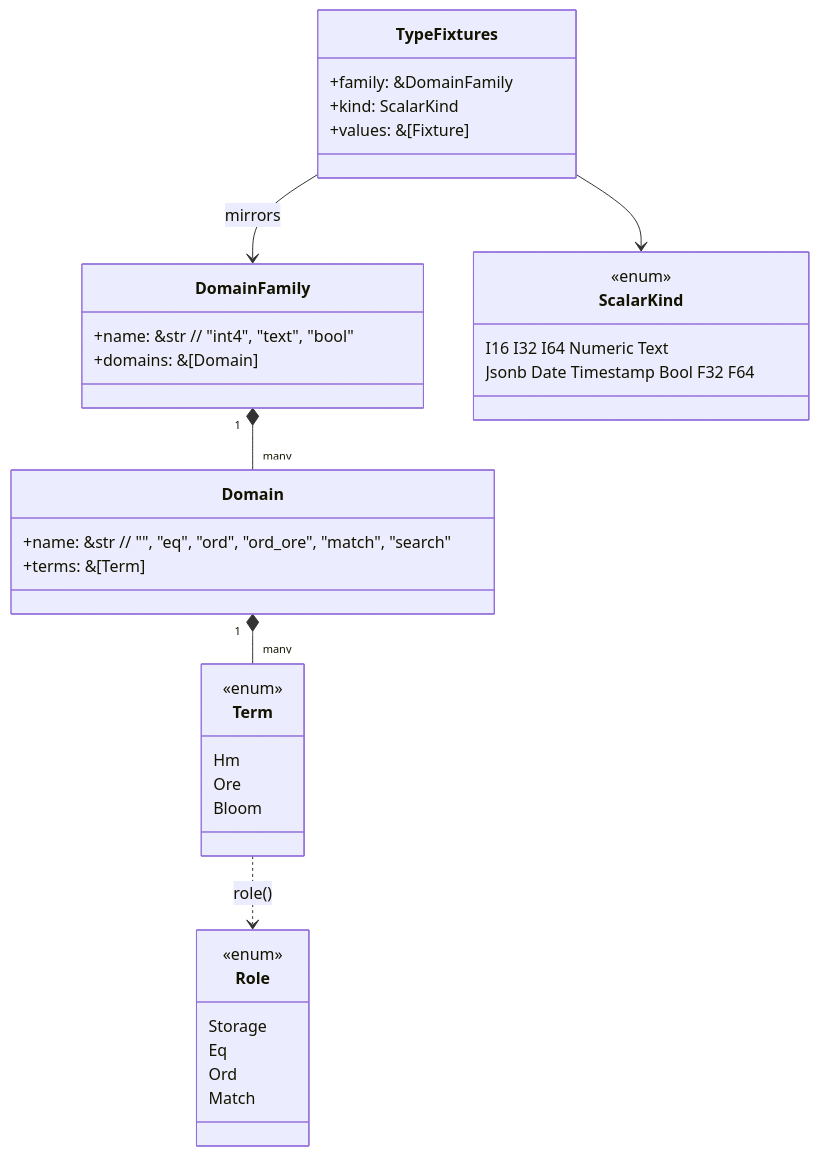
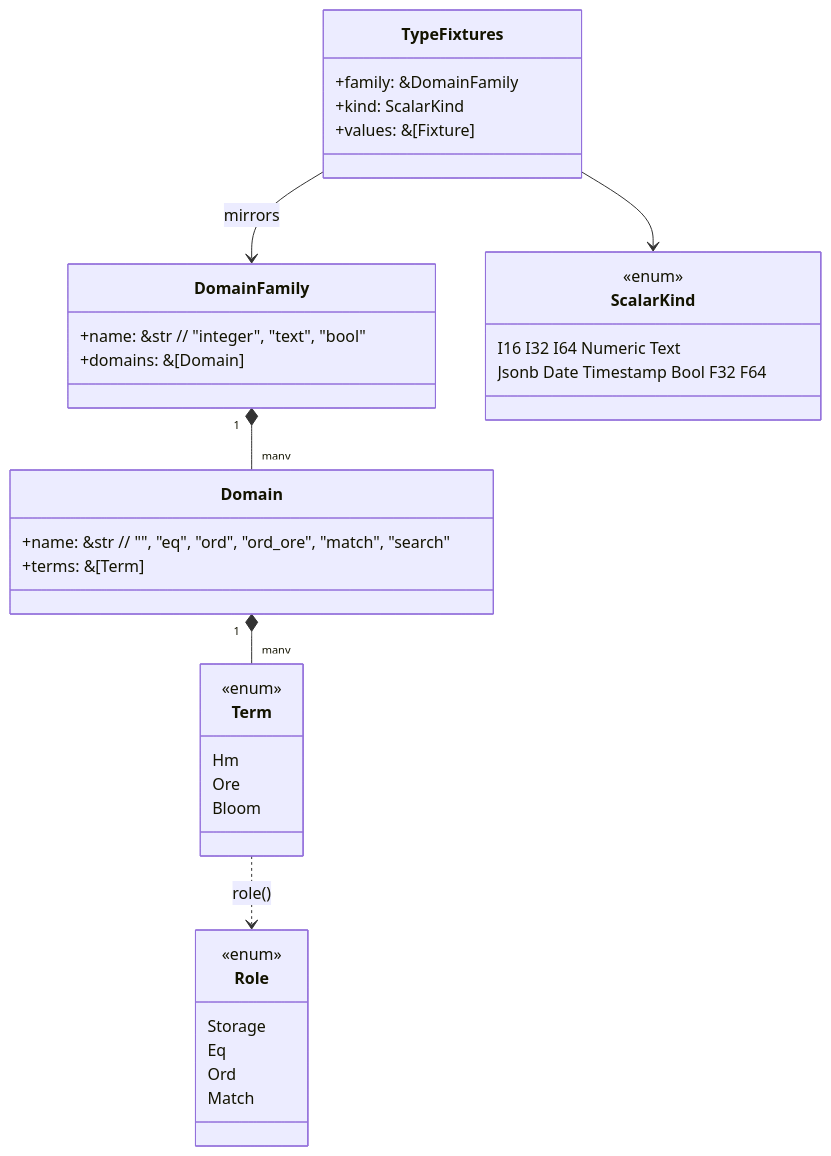
The second of 15 diagrams in docs/reference/catalog-driven-architecture.md (cipherstash/encrypt-query-language), drawn with Mermaid before and after one commit. The commit also changed other lines of this file and 10 other files, not shown here.

````diff
--- a/docs/reference/catalog-driven-architecture.md
+++ b/docs/reference/catalog-driven-architecture.md
@@ -82,39 +82,39 @@
 ```mermaid
 classDiagram
     class DomainFamily {
-        +name: &str        // "int4", "text", "bool"
+        +name: &str        // "integer", "text", "bool"
         +domains: &[Domain]
     }
     class Domain {
         +name: &str        // "", "eq", "ord", "ord_ore", "match", "search"
         +terms: &[Term]
     }
     class Term {
         <<enum>>
         Hm
         Ore
         Bloom
     }
     class Role {
         <<enum>>
         Storage
         Eq
         Ord
         Match
     }
     class ScalarKind {
         <<enum>>
         I16 I32 I64 Numeric Text
         Jsonb Date Timestamp Bool F32 F64
     }
     class TypeFixtures {
         +family: &DomainFamily
         +kind: ScalarKind
         +values: &[Fixture]
     }
     DomainFamily "1" *-- "many" Domain
     Domain "1" *-- "many" Term
     Term ..> Role : role()
     TypeFixtures --> DomainFamily : mirrors
     TypeFixtures --> ScalarKind
 ```
````
